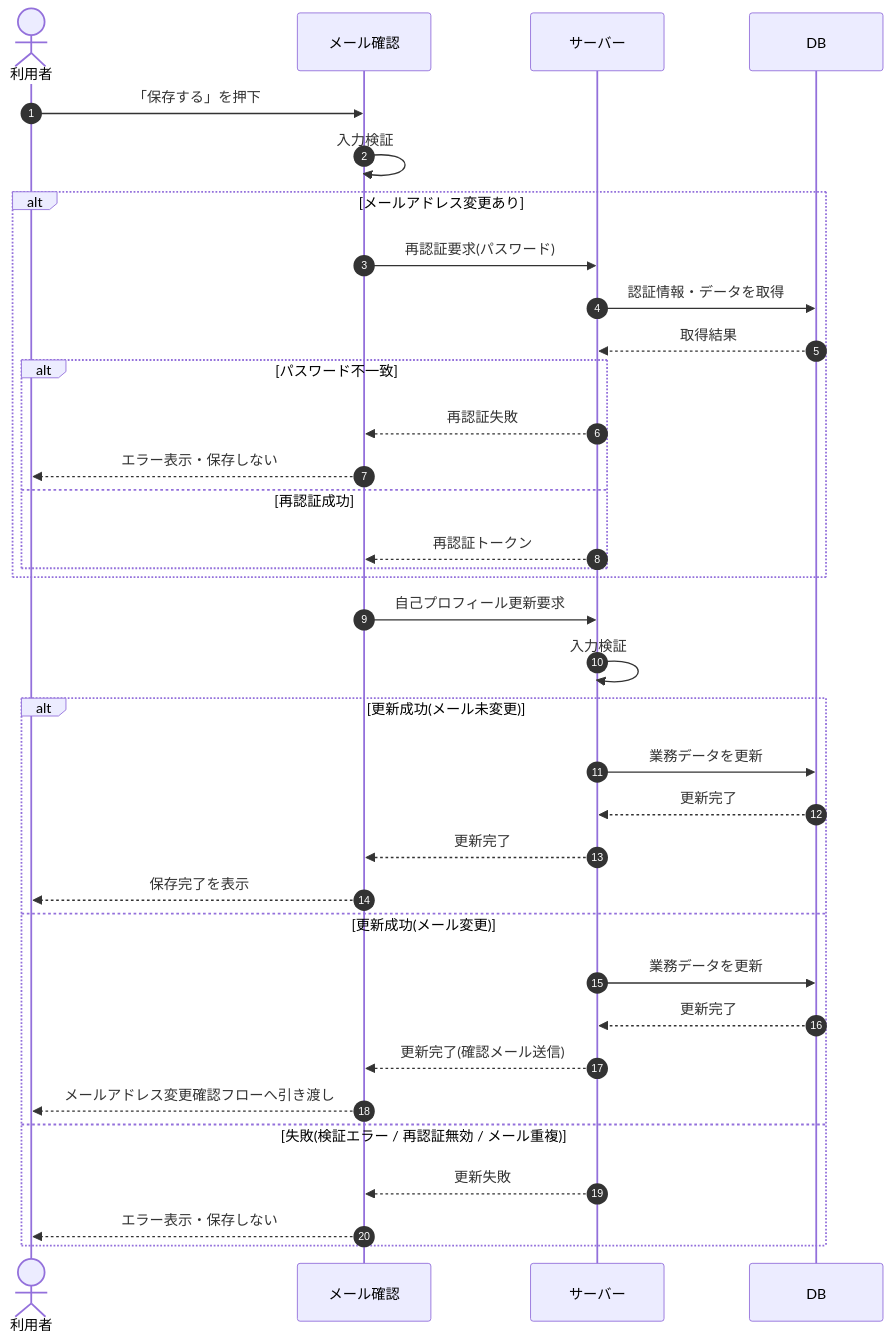
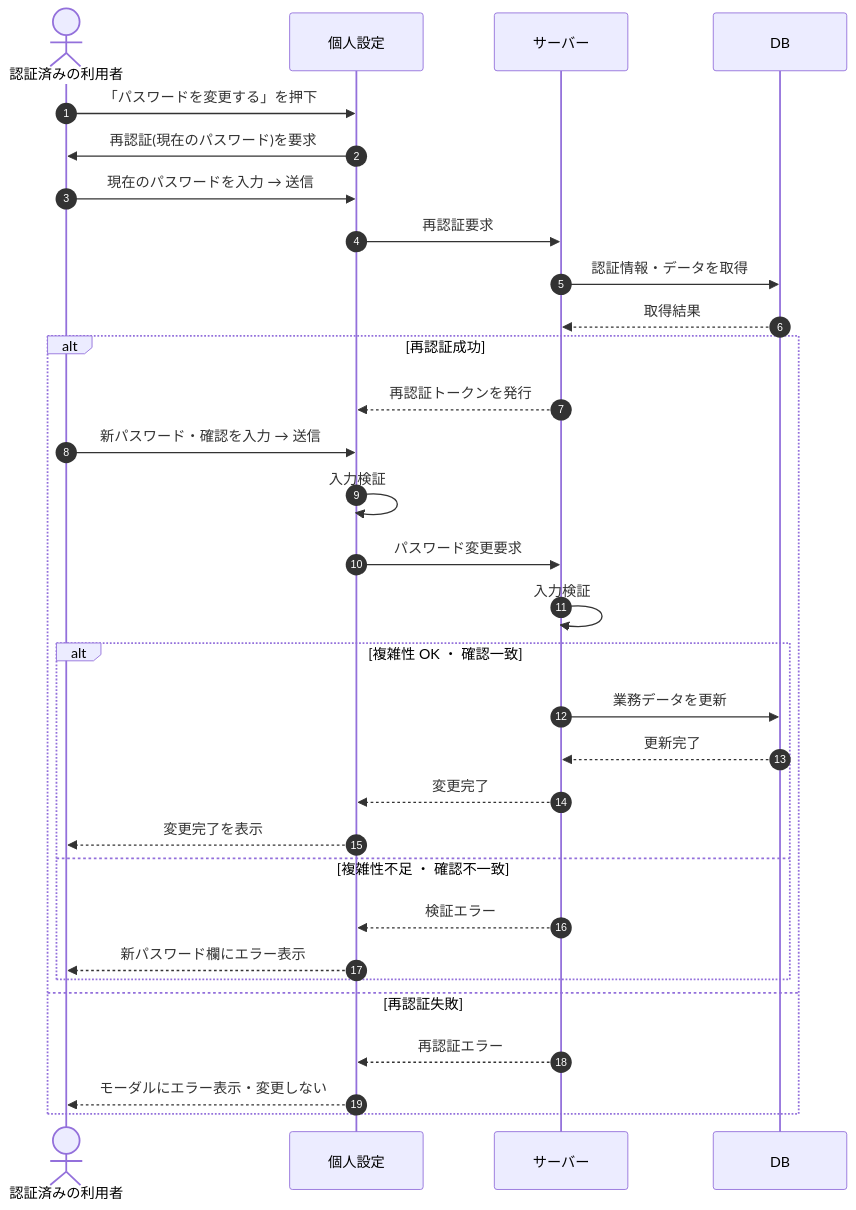
Before and after one commit to sikakou54/open-faq: the diagram in 02_basic_design/03_sequences/SEQ-071.md, drawn with Mermaid. The commit also changed other lines of this file and 395 other files, not shown here.

````diff
--- a/02_basic_design/03_sequences/SEQ-071.md
+++ b/02_basic_design/03_sequences/SEQ-071.md
@@ -25,37 +25,33 @@
 ```mermaid
 sequenceDiagram
   autonumber
-  actor U as 利用者
-  participant Screen as メール確認
+  actor U as 認証済みの利用者
+  participant Screen as 個人設定
   participant Server as サーバー
   participant DB as DB
-  U->>Screen: 「保存する」を押下
-  Screen->>Screen: 入力検証
-  alt メールアドレス変更あり
-    Screen->>Server: 再認証要求(パスワード)
-    Server->>DB: 認証情報・データを取得
-    DB-->>Server: 取得結果
-    alt パスワード不一致
-      Server-->>Screen: 再認証失敗
-      Screen-->>U: エラー表示・保存しない
-    else 再認証成功
-      Server-->>Screen: 再認証トークン
+  U->>Screen: 「パスワードを変更する」を押下
+  Screen->>U: 再認証(現在のパスワード)を要求
+  U->>Screen: 現在のパスワードを入力 → 送信
+  Screen->>Server: 再認証要求
+  Server->>DB: 認証情報・データを取得
+  DB-->>Server: 取得結果
+  alt 再認証成功
+    Server-->>Screen: 再認証トークンを発行
+    U->>Screen: 新パスワード・確認を入力 → 送信
+    Screen->>Screen: 入力検証
+    Screen->>Server: パスワード変更要求
+    Server->>Server: 入力検証
+    alt 複雑性 OK ・ 確認一致
+      Server->>DB: 業務データを更新
+      DB-->>Server: 更新完了
+      Server-->>Screen: 変更完了
+      Screen-->>U: 変更完了を表示
+    else 複雑性不足 ・ 確認不一致
+      Server-->>Screen: 検証エラー
+      Screen-->>U: 新パスワード欄にエラー表示
     end
-  end
-  Screen->>Server: 自己プロフィール更新要求
-  Server->>Server: 入力検証
-  alt 更新成功(メール未変更)
-    Server->>DB: 業務データを更新
-    DB-->>Server: 更新完了
-    Server-->>Screen: 更新完了
-    Screen-->>U: 保存完了を表示
-  else 更新成功(メール変更)
-    Server->>DB: 業務データを更新
-    DB-->>Server: 更新完了
-    Server-->>Screen: 更新完了(確認メール送信)
-    Screen-->>U: メールアドレス変更確認フローへ引き渡し
-  else 失敗(検証エラー / 再認証無効 / メール重複)
-    Server-->>Screen: 更新失敗
-    Screen-->>U: エラー表示・保存しない
+  else 再認証失敗
+    Server-->>Screen: 再認証エラー
+    Screen-->>U: モーダルにエラー表示・変更しない
   end
 ```
````
